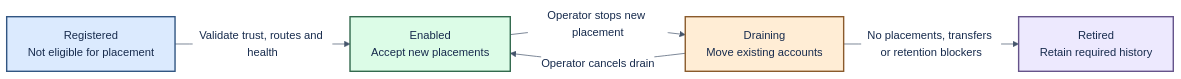
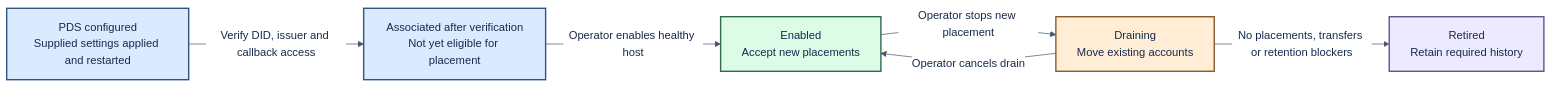
The third of 3 diagrams in docs/architecture.md (hypercerts-org/hypercerts-entryway), drawn with Mermaid before and after one commit. The commit also changed other lines of this file and 4 other files, not shown here.

````diff
--- a/docs/architecture.md
+++ b/docs/architecture.md
@@ -232,20 +270,22 @@
 ```mermaid
 %%{init: {"theme":"base","themeVariables":{"primaryTextColor":"#172B4D","lineColor":"#45556C","edgeLabelBackground":"#FFFFFF","fontFamily":"Arial"}}}%%
 flowchart LR
-  registered["Registered<br/>Not eligible for placement"]
+  configured["PDS configured<br/>Supplied settings applied and restarted"]
+  registered["Associated after verification<br/>Not yet eligible for placement"]
   enabled["Enabled<br/>Accept new placements"]
   draining["Draining<br/>Move existing accounts"]
   retired["Retired<br/>Retain required history"]
-  registered -->|"Validate trust, routes and health"| enabled
+  configured -->|"Verify DID, issuer and callback access"| registered
+  registered -->|"Operator enables healthy host"| enabled
   enabled -->|"Operator stops new placement"| draining
   draining -->|"No placements, transfers or retention blockers"| retired
   draining -->|"Operator cancels drain"| enabled
   classDef blue fill:#DBEAFE,stroke:#315582,color:#172B4D,stroke-width:2px;
   classDef mint fill:#DCFCE7,stroke:#32694D,color:#172B4D,stroke-width:2px;
   classDef peach fill:#FFEDD5,stroke:#8A5A2B,color:#172B4D,stroke-width:2px;
   classDef violet fill:#EDE9FE,stroke:#65538A,color:#172B4D,stroke-width:2px;
-  class registered blue;
+  class configured,registered blue;
   class enabled mint;
   class draining peach;
   class retired violet;
 ```
````
